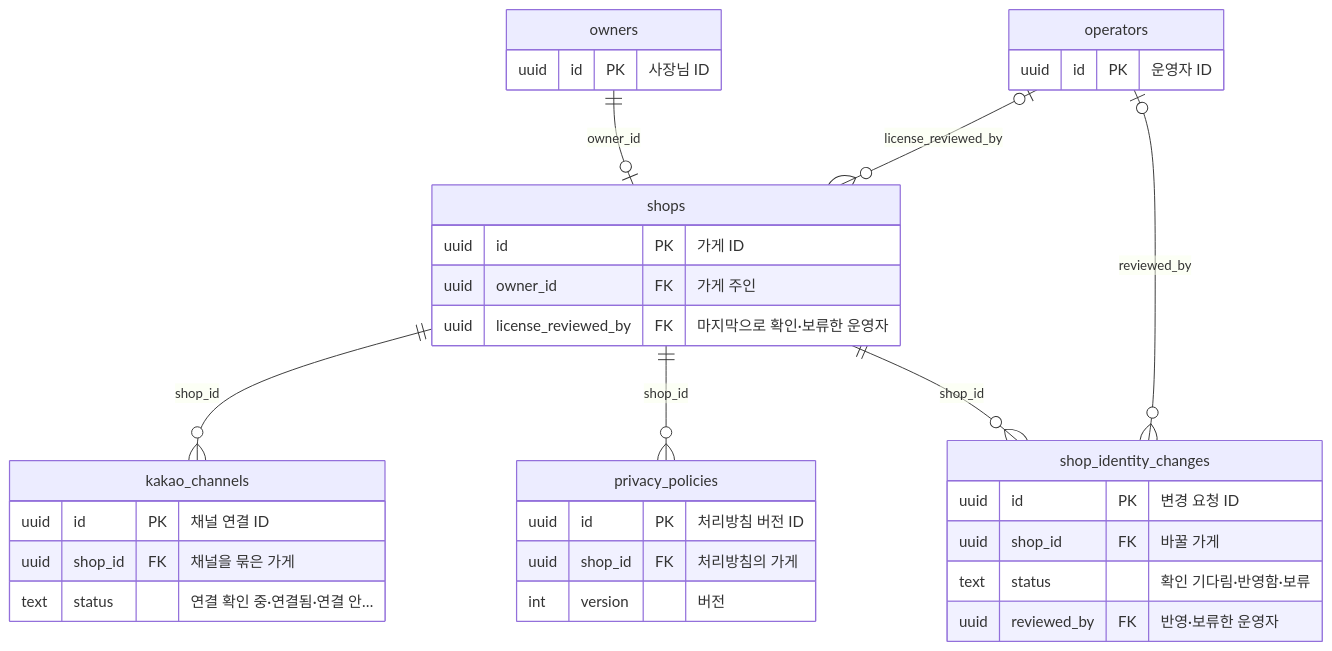
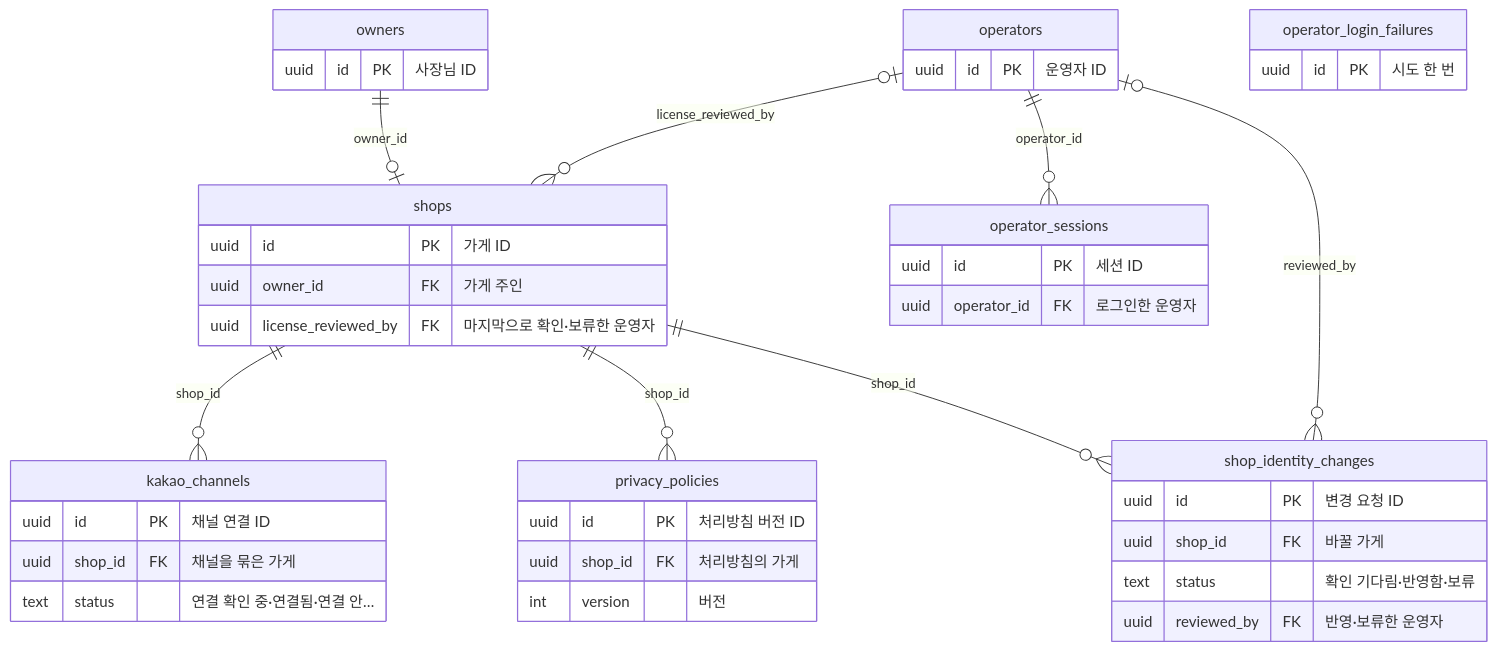
The eighth of 11 diagrams in docs/05-erd/README.md (kodonghui/siljang.ai), drawn with Mermaid before and after one commit. The commit also changed other lines of this file and 39 other files, not shown here.

````diff
--- a/docs/05-erd/README.md
+++ b/docs/05-erd/README.md
@@ -585,36 +587,44 @@
 ```mermaid
 erDiagram
   owners {
     uuid id PK "사장님 ID"
   }
   operators {
     uuid id PK "운영자 ID"
   }
   shops {
     uuid id PK "가게 ID"
     uuid owner_id FK "가게 주인"
     uuid license_reviewed_by FK "마지막으로 확인·보류한 운영자"
   }
   kakao_channels {
     uuid id PK "채널 연결 ID"
     uuid shop_id FK "채널을 묶은 가게"
     text status "연결 확인 중·연결됨·연결 안…"
   }
   privacy_policies {
     uuid id PK "처리방침 버전 ID"
     uuid shop_id FK "처리방침의 가게"
     int version "버전"
   }
   shop_identity_changes {
     uuid id PK "변경 요청 ID"
     uuid shop_id FK "바꿀 가게"
     text status "확인 기다림·반영함·보류"
     uuid reviewed_by FK "반영·보류한 운영자"
   }
+  operator_sessions {
+    uuid id PK "세션 ID"
+    uuid operator_id FK "로그인한 운영자"
+  }
+  operator_login_failures {
+    uuid id PK "시도 한 번"
+  }
   owners ||--o| shops : "owner_id"
   operators |o--o{ shops : "license_reviewed_by"
   shops ||--o{ kakao_channels : "shop_id"
   shops ||--o{ privacy_policies : "shop_id"
   shops ||--o{ shop_identity_changes : "shop_id"
   operators |o--o{ shop_identity_changes : "reviewed_by"
+  operators ||--o{ operator_sessions : "operator_id"
 ```
````
